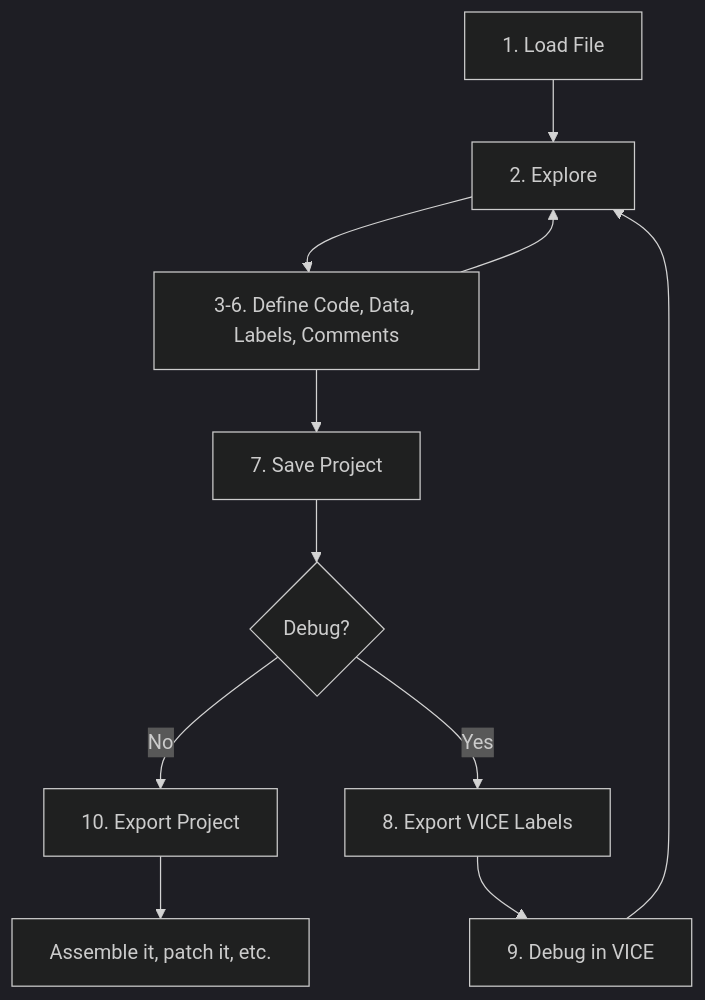
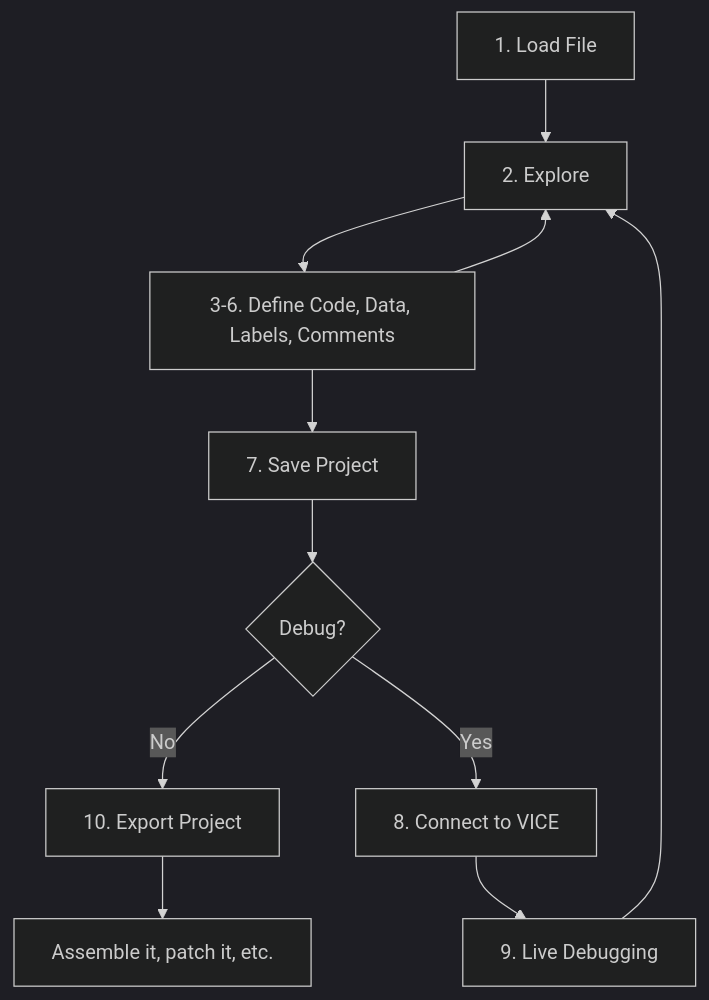
Before and after one commit to ricardoquesada/regenerator2000: the diagram in docs/index.md, drawn with Mermaid (dark theme). The commit also changed 1 other file, not shown here.

Commit message:
update main and tutorial with more VICE debugging info

````diff
--- a/docs/index.md
+++ b/docs/index.md
@@ -110,13 +110,13 @@
 ```mermaid
 flowchart TD
     S1[1. Load File] --> S2[2. Explore]
     S2 --> S3[3-6. Define Code, Data, Labels, Comments]
     S3 --> S7[7. Save Project]
     S3 --> S2
     S7 --> Q{Debug?}
     Q -- No --> S10[10. Export Project]
-    Q -- Yes --> S8[8. Export VICE Labels]
-    S8 --> S9[9. Debug in VICE]
+    Q -- Yes --> S8[8. Connect to VICE]
+    S8 --> S9[9. Live Debugging]
     S9 --> S2
     S10 --> Done[Assemble it, patch it, etc.]
 ```
````
